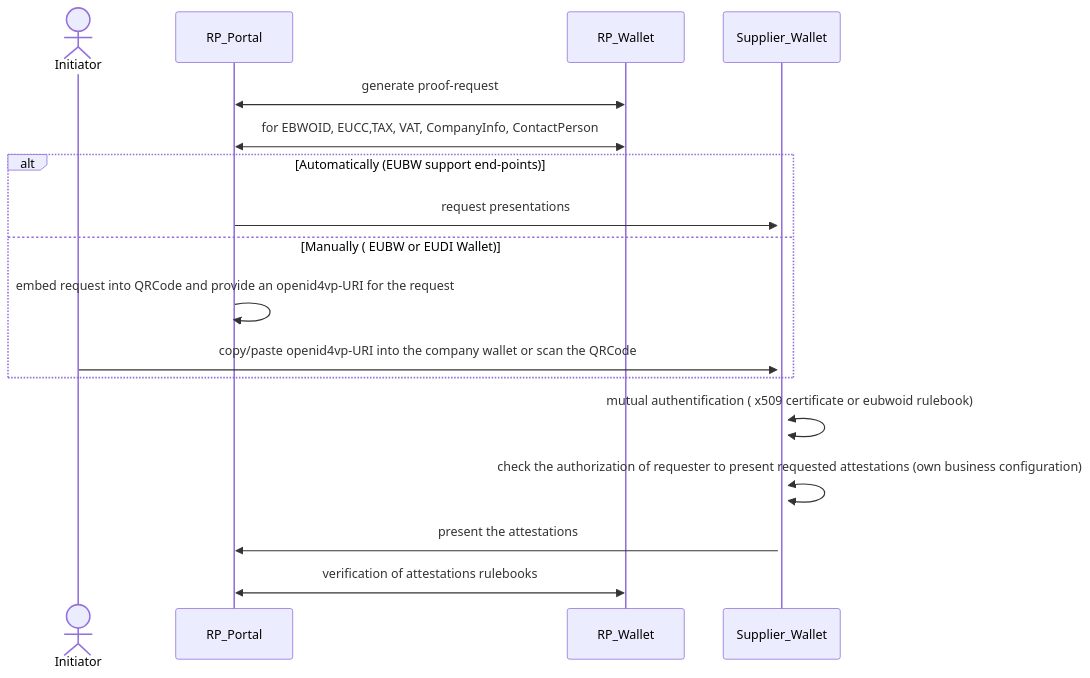
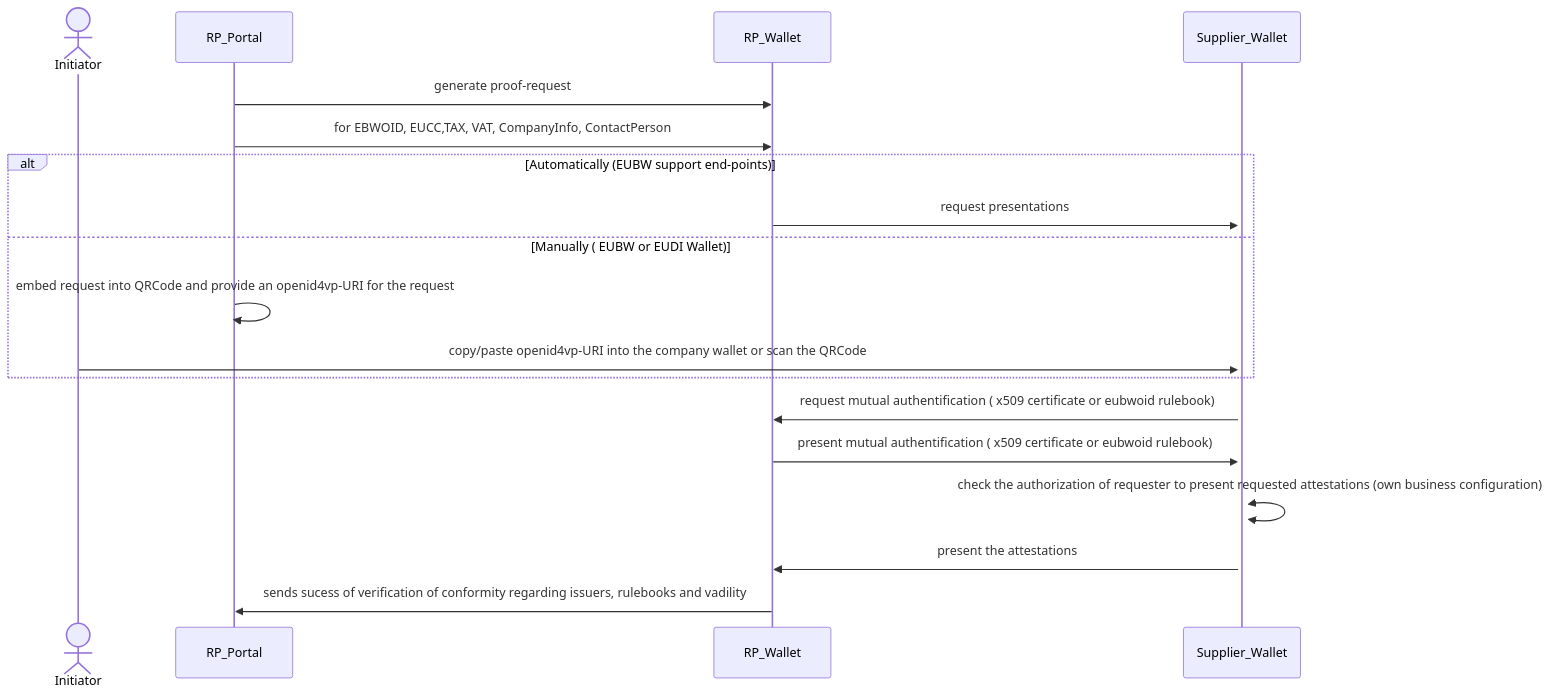
Before and after one commit to DominicHurni/wp3-technology-standards: the fourth of 9 diagrams in BU1/BU1_KYS.md, drawn with Mermaid. The commit also changed other lines of this file, not shown here.

````diff
--- a/BU1/BU1_KYS.md
+++ b/BU1/BU1_KYS.md
@@ -87,16 +87,18 @@
 ```mermaid
 sequenceDiagram
     actor Initiator
-    RP_Portal<<->>RP_Wallet: generate proof-request
-    RP_Portal<<->>RP_Wallet: for EBWOID, EUCC,TAX, VAT, CompanyInfo, ContactPerson
+    RP_Portal->>RP_Wallet: generate proof-request
+    RP_Portal->>RP_Wallet: for EBWOID, EUCC,TAX, VAT, CompanyInfo, ContactPerson
     alt Automatically (EUBW support end-points)
-        RP_Portal->>+Supplier_Wallet: request presentations 
+        RP_Wallet->>+Supplier_Wallet: request presentations 
     else Manually ( EUBW or EUDI Wallet)
         RP_Portal->>RP_Portal: embed request into QRCode and provide an openid4vp-URI for the request
         Initiator->>+Supplier_Wallet: copy/paste openid4vp-URI into the company wallet or scan the QRCode
     end
-    Supplier_Wallet<<->>Supplier_Wallet: mutual authentification ( x509 certificate or eubwoid rulebook)
+    Supplier_Wallet->>RP_Wallet: request mutual authentification ( x509 certificate or eubwoid rulebook)
+    RP_Wallet->>Supplier_Wallet: present mutual authentification ( x509 certificate or eubwoid rulebook)
     Supplier_Wallet<<->>Supplier_Wallet: check the authorization of requester to present requested attestations (own business configuration)
-    Supplier_Wallet->>RP_Portal: present the attestations
-    RP_Portal<<->>RP_Wallet: verification of attestations rulebooks
+    Supplier_Wallet->>RP_Wallet: present the attestations
+    RP_Wallet->>RP_Portal: sends sucess of verification of conformity regarding issuers, rulebooks and vadility 
+ 
 ```
````
